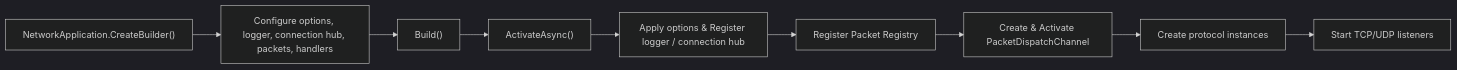
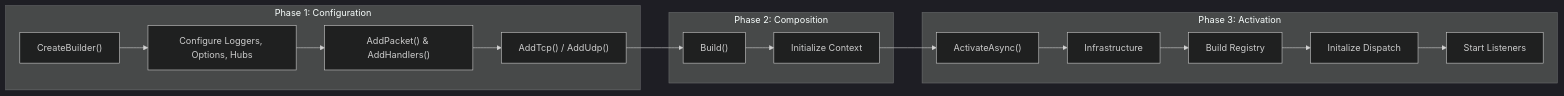
One commit to ppn-systems/Nalix changed the diagram in docs/api/hosting/network-application.md. Above: the diagram before and after it, drawn with Mermaid (dark theme). The commit also changed 18 other files, not shown here.

````diff
--- a/docs/api/hosting/network-application.md
+++ b/docs/api/hosting/network-application.md
@@ -27,11 +27,21 @@
 ```mermaid
-flowchart LR
-    A["NetworkApplication.CreateBuilder()"] --> B["Configure options, logger, connection hub, packets, handlers"]
-    B --> C["Build()"]
-    C --> D["ActivateAsync()"]
-    D --> E["Apply options & Register logger / connection hub"]
-    E --> F["Register Packet Registry"]
-    F --> G["Create & Activate PacketDispatchChannel"]
-    G --> H["Create protocol instances"]
-    H --> I["Start TCP/UDP listeners"]
+graph LR
+    subgraph Configuration ["Phase 1: Configuration"]
+        Create["CreateBuilder()"] --> Config["Configure Loggers, Options, Hubs"]
+        Config --> Discover["AddPacket() & AddHandlers()"]
+        Discover --> Bind["AddTcp() / AddUdp()"]
+    end
+
+    subgraph Composition ["Phase 2: Composition"]
+        Bind --> Build["Build()"]
+        Build --> Prep["Initialize Context"]
+    end
+
+    subgraph Activation ["Phase 3: Activation"]
+        Prep --> Run["ActivateAsync()"]
+        Run --> Infra["Infrastructure"]
+        Infra --> Registry["Build Registry"]
+        Registry --> Dispatch["Initalize Dispatch"]
+        Dispatch --> Listeners["Start Listeners"]
+    end
 ```
````
